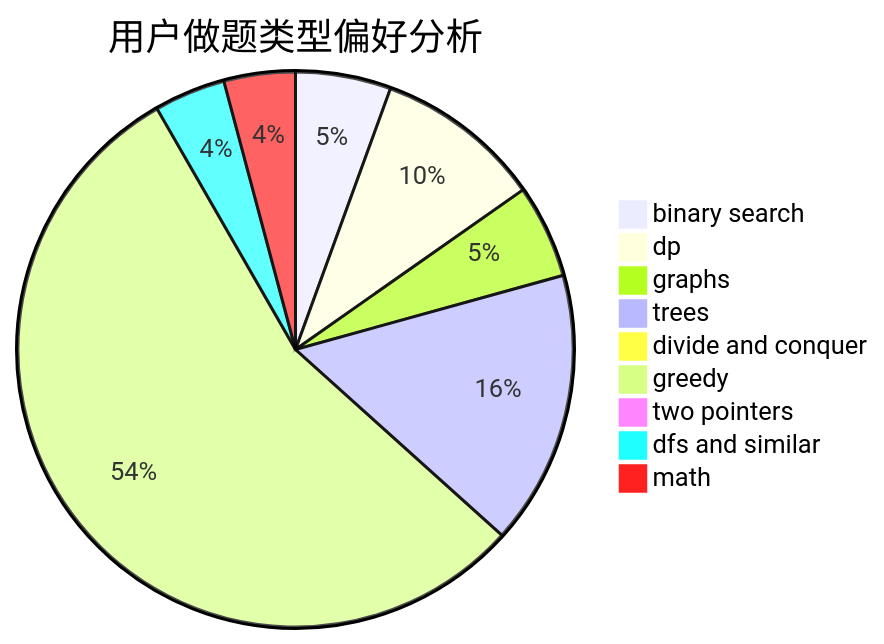
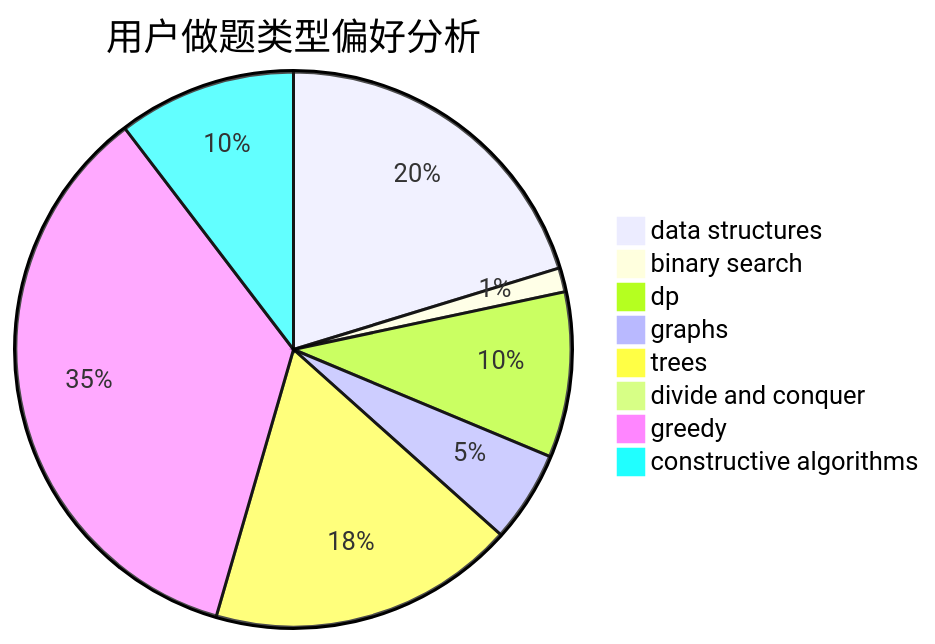
The second of 3 diagrams in docs/user/u823.md (sherpahu/cfrs.github.io), drawn with Mermaid before and after one commit. The commit also changed other lines of this file and 2775 other files, not shown here.

````diff
--- a/docs/user/u823.md
+++ b/docs/user/u823.md
@@ -23,12 +23,11 @@
 ```mermaid
 pie title 用户做题类型偏好分析
-    "binary search" :  95
-    "dp" :  166
-    "graphs" :  93
-    "trees" :  273
+    "data structures" :  305
+    "binary search" :  21
+    "dp" :  145
+    "graphs" :  80
+    "trees" :  269
     "divide and conquer" :  8
-    "greedy" :  941
-    "two pointers" :  17
-    "dfs and similar" :  71
-    "math" :  71
+    "greedy" :  529
+    "constructive algorithms" :  156
 ```
````
